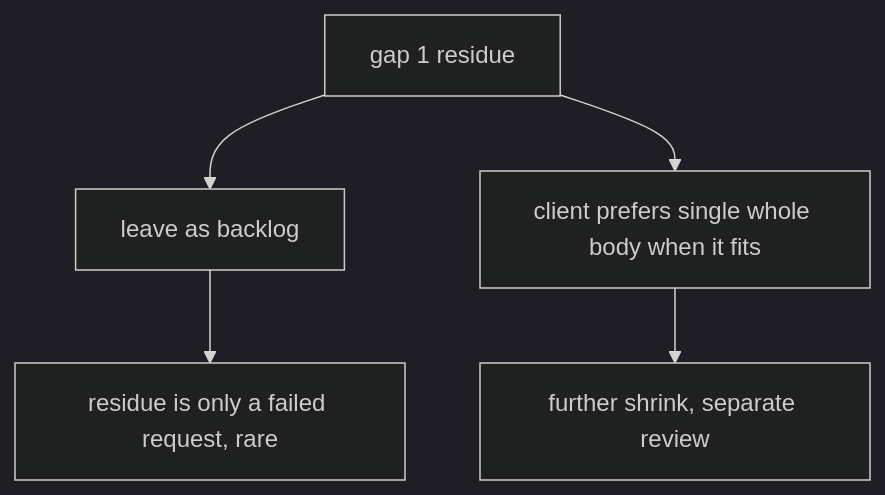
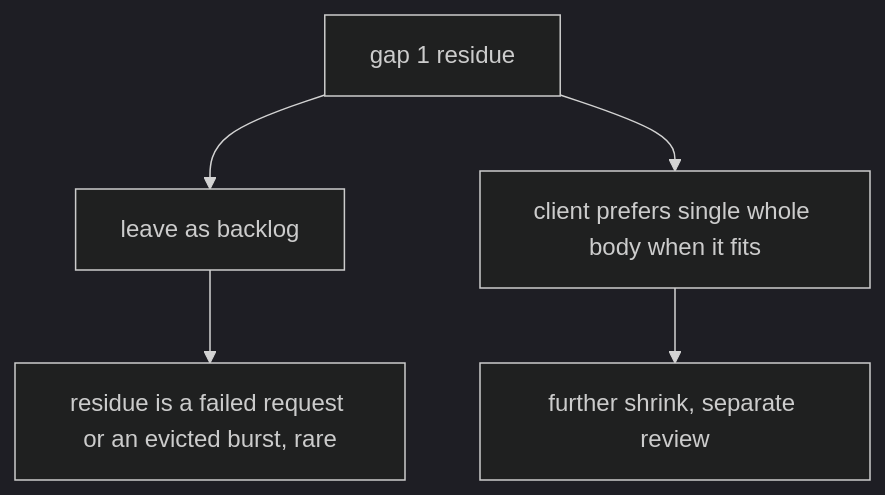
One commit to cliffe/BreakEscape changed the fifth of 5 diagrams in docs/achitechture/SYNC_STALE_RING_PLAN.md. Above: the diagram before and after it, drawn with Mermaid (dark theme). The commit also changed other lines of this file, not shown here.

````diff
--- a/docs/achitechture/SYNC_STALE_RING_PLAN.md
+++ b/docs/achitechture/SYNC_STALE_RING_PLAN.md
@@ -543,7 +753,7 @@
 ```mermaid
 flowchart TD
   A[gap 1 residue] --> B[leave as backlog]
   A --> C[client prefers single whole body when it fits]
-  B --> D[residue is only a failed request, rare]
+  B --> D[residue is a failed request or an evicted burst, rare]
   C --> E[further shrink, separate review]
 ```
````
